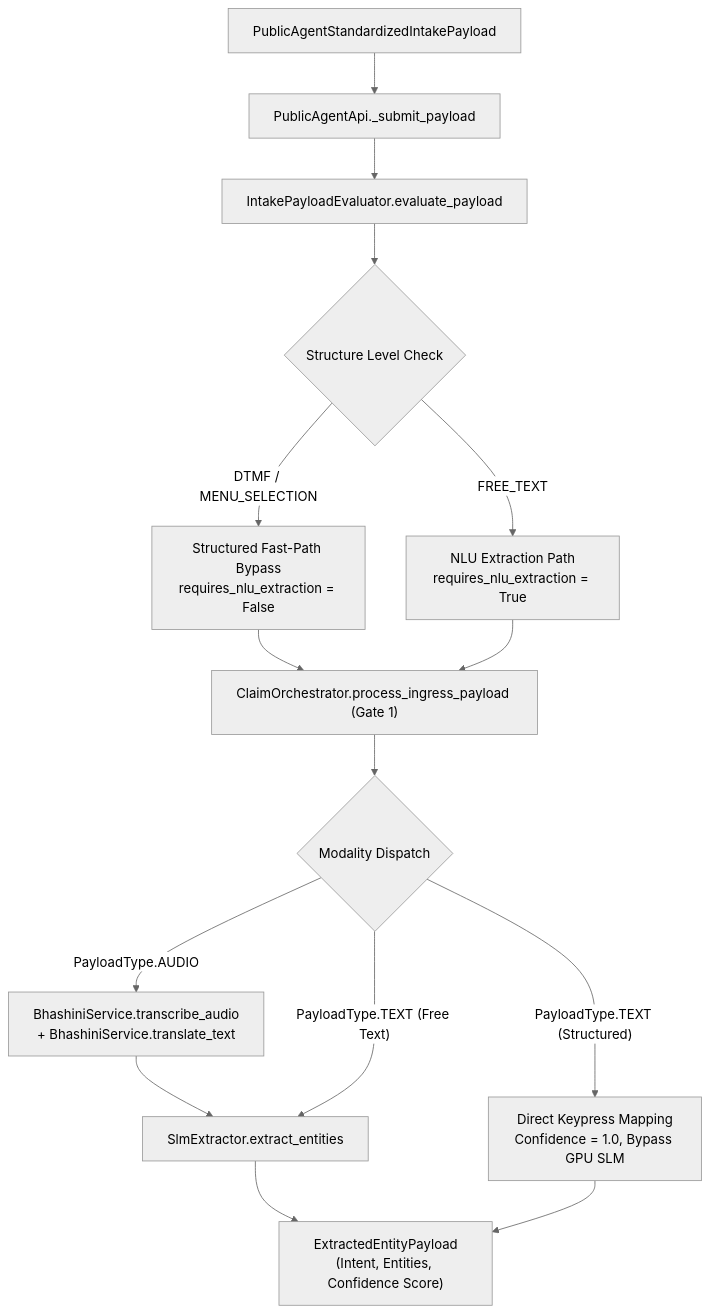
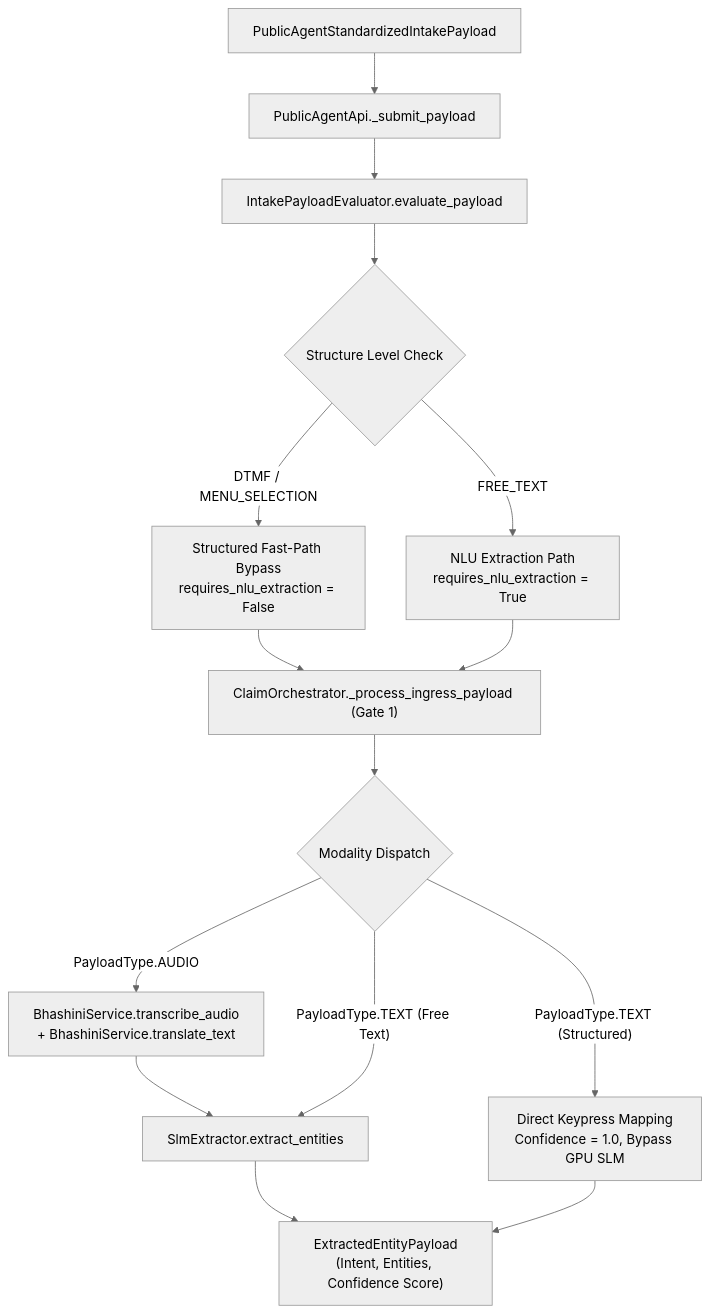
The third of 6 diagrams in docs/end_to_end_code_flow.md (gargmishu/agristack-dbt-core), drawn with Mermaid (neutral theme) before and after one commit. The commit also changed other lines of this file and 4 other files, not shown here.

````diff
--- a/docs/end_to_end_code_flow.md
+++ b/docs/end_to_end_code_flow.md
@@ -126,21 +126,21 @@
 ```mermaid
 flowchart TD
     H["PublicAgentStandardizedIntakePayload"] --> I["PublicAgentApi._submit_payload"]
     I --> J["IntakePayloadEvaluator.evaluate_payload"]
     
     J --> K{"Structure Level Check"}
     K -- "DTMF / MENU_SELECTION" --> L["Structured Fast-Path Bypass<br/>requires_nlu_extraction = False"]
     K -- "FREE_TEXT" --> M["NLU Extraction Path<br/>requires_nlu_extraction = True"]
     
-    L --> N["ClaimOrchestrator.process_ingress_payload (Gate 1)"]
+    L --> N["ClaimOrchestrator._process_ingress_payload (Gate 1)"]
     M --> N
 
     N --> O{"Modality Dispatch"}
     O -- "PayloadType.AUDIO" --> P["BhashiniService.transcribe_audio<br/>+ BhashiniService.translate_text"]
     P --> Q["SlmExtractor.extract_entities"]
     O -- "PayloadType.TEXT (Structured)" --> R["Direct Keypress Mapping<br/>Confidence = 1.0, Bypass GPU SLM"]
     O -- "PayloadType.TEXT (Free Text)" --> Q
     
     Q --> S["ExtractedEntityPayload<br/>(Intent, Entities, Confidence Score)"]
     R --> S
 ```
````
